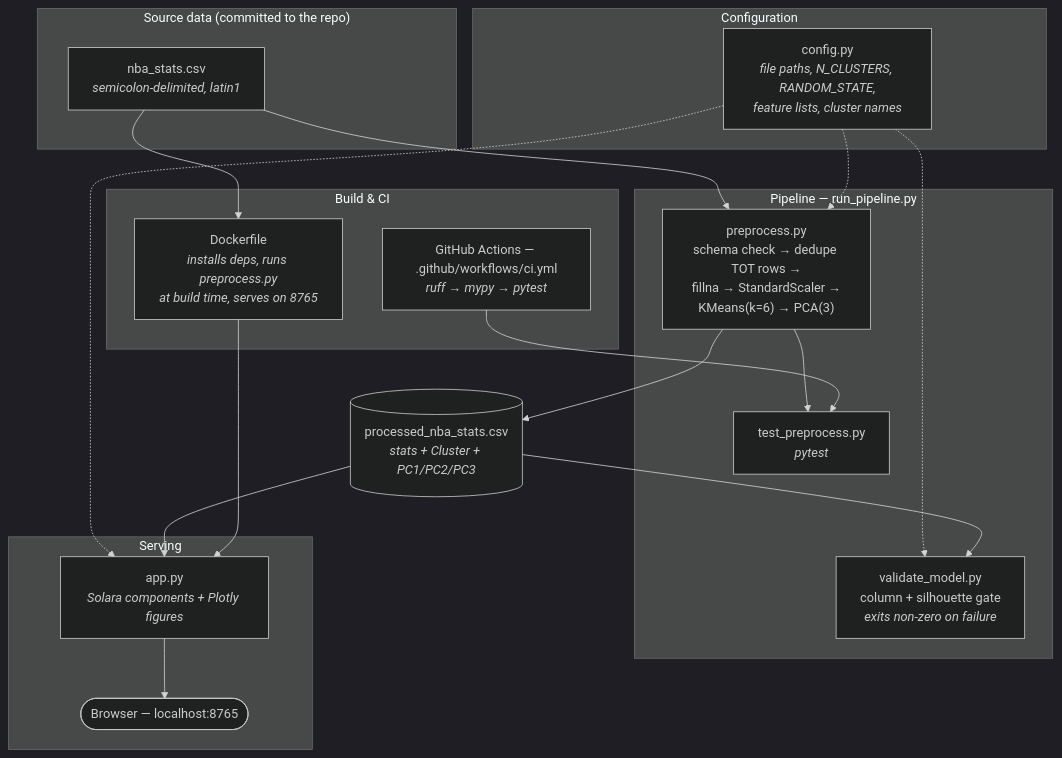
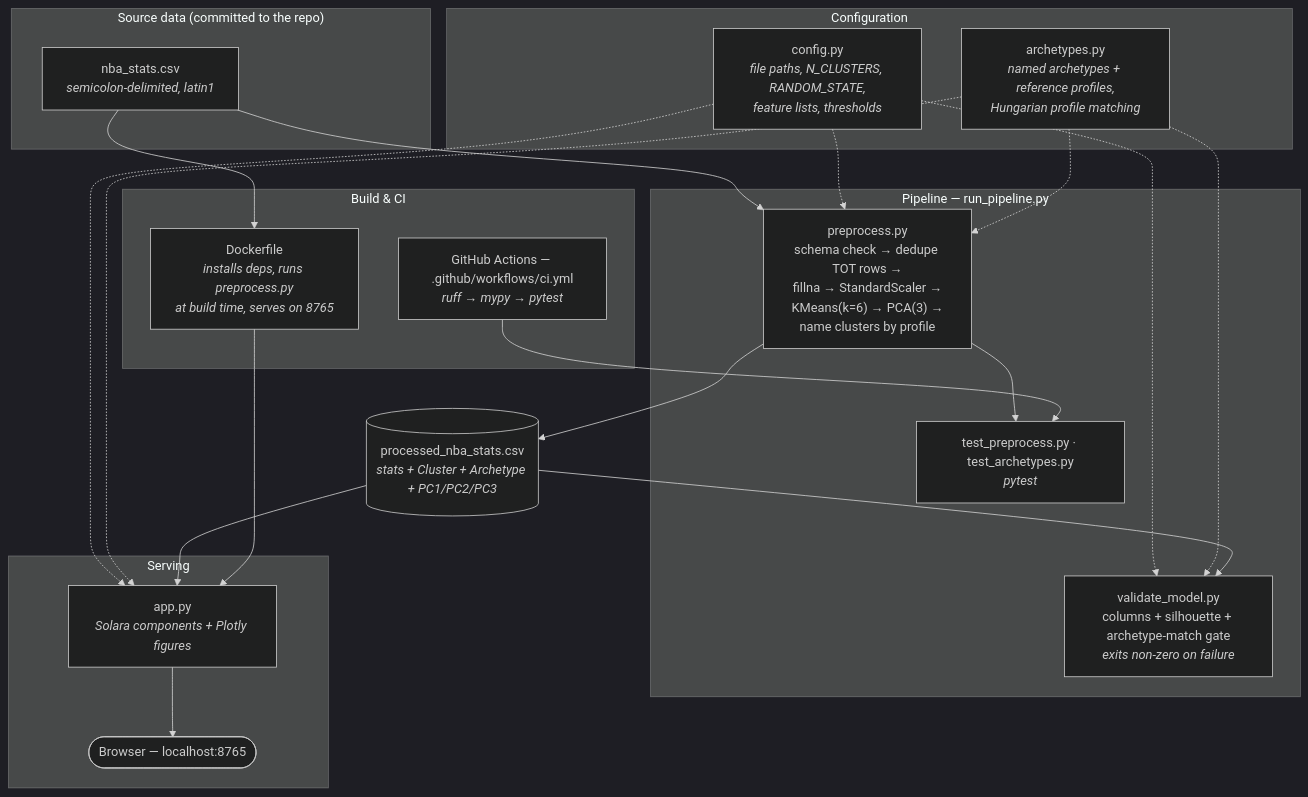
The diagram in README.md (thompgt/nba-player-clustering), drawn with Mermaid (dark theme) before and after one commit. The commit also changed other lines of this file and 11 other files, not shown here.

````diff
--- a/README.md
+++ b/README.md
@@ -29,41 +29,45 @@
 ```mermaid
 flowchart TD
     subgraph src["Source data (committed to the repo)"]
         RAW["nba_stats.csv<br/><i>semicolon-delimited, latin1</i>"]
     end
 
     subgraph cfg["Configuration"]
-        CONFIG["config.py<br/><i>file paths, N_CLUSTERS, RANDOM_STATE,<br/>feature lists, cluster names</i>"]
+        CONFIG["config.py<br/><i>file paths, N_CLUSTERS, RANDOM_STATE,<br/>feature lists, thresholds</i>"]
+        ARCH["archetypes.py<br/><i>named archetypes + reference profiles,<br/>Hungarian profile matching</i>"]
     end
 
     subgraph pipe["Pipeline — run_pipeline.py"]
-        PRE["preprocess.py<br/>schema check → dedupe TOT rows →<br/>fillna → StandardScaler →<br/>KMeans(k=6) → PCA(3)"]
-        VAL["validate_model.py<br/>column + silhouette gate<br/><i>exits non-zero on failure</i>"]
-        TEST["test_preprocess.py<br/><i>pytest</i>"]
+        PRE["preprocess.py<br/>schema check → dedupe TOT rows →<br/>fillna → StandardScaler →<br/>KMeans(k=6) → PCA(3) →<br/>name clusters by profile"]
+        VAL["validate_model.py<br/>columns + silhouette + archetype-match gate<br/><i>exits non-zero on failure</i>"]
+        TEST["test_preprocess.py · test_archetypes.py<br/><i>pytest</i>"]
     end
 
-    PROC[("processed_nba_stats.csv<br/><i>stats + Cluster + PC1/PC2/PC3</i>")]
+    PROC[("processed_nba_stats.csv<br/><i>stats + Cluster + Archetype + PC1/PC2/PC3</i>")]
 
     subgraph serve["Serving"]
         APP["app.py<br/><i>Solara components + Plotly figures</i>"]
         BROWSER(["Browser — localhost:8765"])
     end
 
     subgraph ops["Build & CI"]
         DOCKER["Dockerfile<br/><i>installs deps, runs preprocess.py<br/>at build time, serves on 8765</i>"]
         CI["GitHub Actions — .github/workflows/ci.yml<br/><i>ruff → mypy → pytest</i>"]
     end
 
     RAW --> PRE
     CONFIG -.-> PRE
     CONFIG -.-> VAL
     CONFIG -.-> APP
+    ARCH -.-> PRE
+    ARCH -.-> VAL
+    ARCH -.-> APP
     PRE --> PROC
     PROC --> VAL
     PRE --> TEST
     PROC --> APP
     APP --> BROWSER
     RAW --> DOCKER
     DOCKER --> APP
     CI --> TEST
 ```
````
